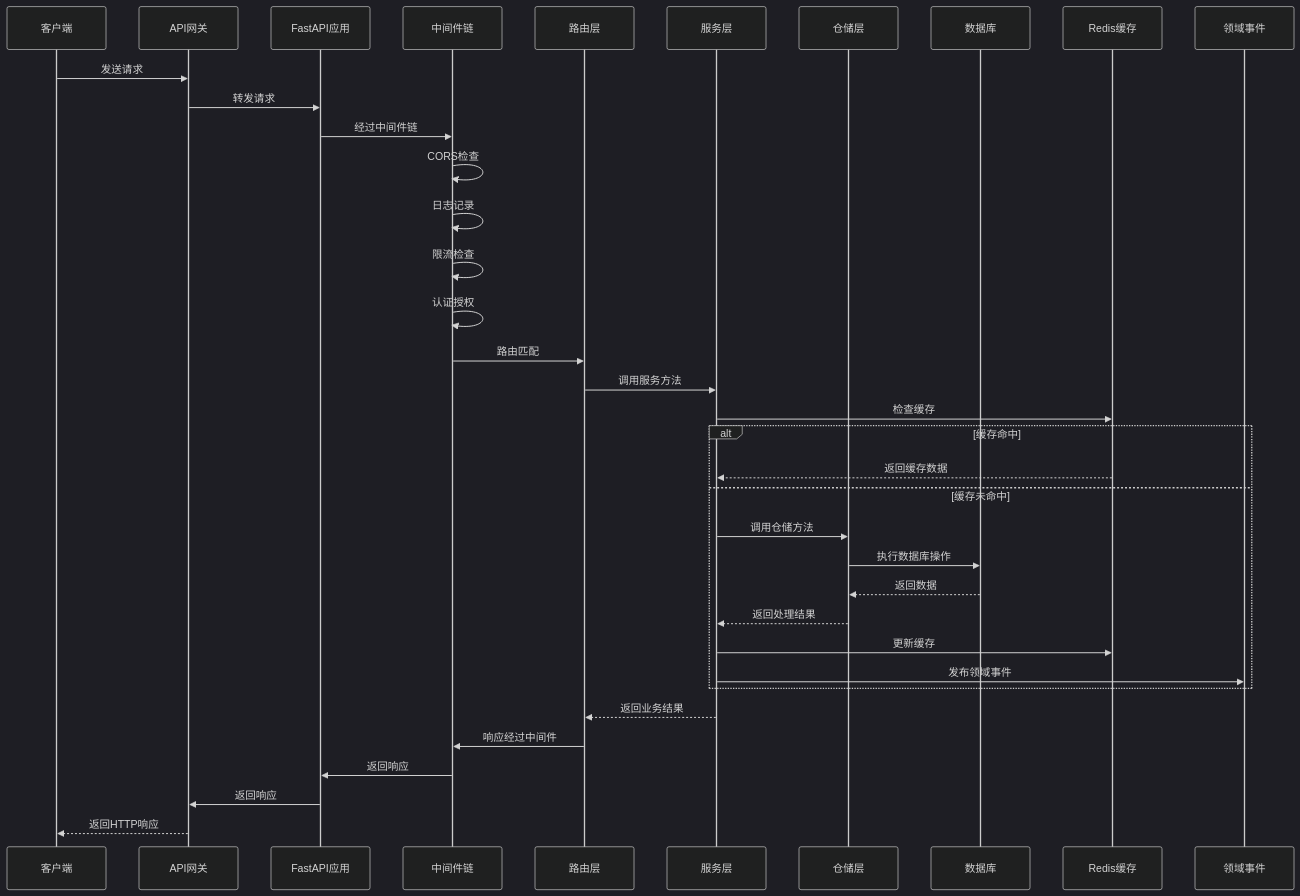
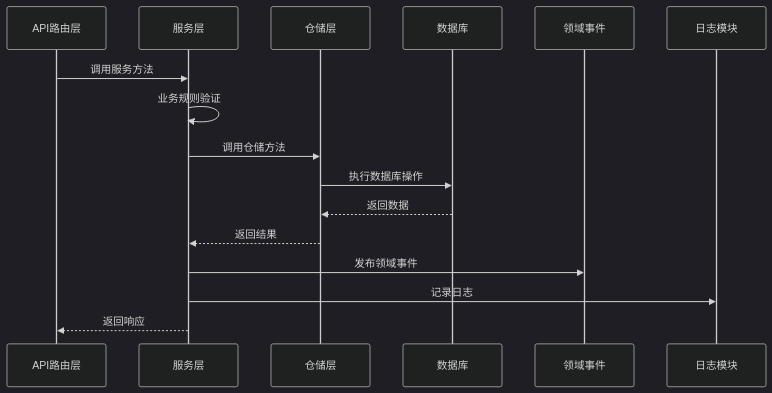
Before and after one commit to amuqiao/fastapi-enterprise-framework-template: the tenth of 22 diagrams in docs/design/architecture_guide.md, drawn with Mermaid (dark theme). The commit also changed other lines of this file, not shown here.

Commit message:
优化总设计指南,调整文档结构,各个模块添加模块架构图和数据流转图

````diff
--- a/docs/design/architecture_guide.md
+++ b/docs/design/architecture_guide.md
@@ -960,39 +438,19 @@
 ```mermaid
 sequenceDiagram
-    participant Client as 客户端
-    participant API as API网关
-    participant FastAPI as FastAPI应用
-    participant Middleware as 中间件链
-    participant Router as 路由层
+    participant API as API路由层
     participant Service as 服务层
-    participant Repository as 仓储层
+    participant Repo as 仓储层
     participant DB as 数据库
-    participant Cache as Redis缓存
     participant Event as 领域事件
+    participant Logger as 日志模块
     
-    Client->>API: 发送请求
-    API->>FastAPI: 转发请求
-    FastAPI->>Middleware: 经过中间件链
-    Middleware->>Middleware: CORS检查
-    Middleware->>Middleware: 日志记录
-    Middleware->>Middleware: 限流检查
-    Middleware->>Middleware: 认证授权
-    Middleware->>Router: 路由匹配
-    Router->>Service: 调用服务方法
-    Service->>Cache: 检查缓存
-    alt 缓存命中
-        Cache-->>Service: 返回缓存数据
-    else 缓存未命中
-        Service->>Repository: 调用仓储方法
-        Repository->>DB: 执行数据库操作
-        DB-->>Repository: 返回数据
-        Repository-->>Service: 返回处理结果
-        Service->>Cache: 更新缓存
-        Service->>Event: 发布领域事件
-    end
-    Service-->>Router: 返回业务结果
-    Router->>Middleware: 响应经过中间件
-    Middleware->>FastAPI: 返回响应
-    FastAPI->>API: 返回响应
-    API-->>Client: 返回HTTP响应
+    API->>Service: 调用服务方法
+    Service->>Service: 业务规则验证
+    Service->>Repo: 调用仓储方法
+    Repo->>DB: 执行数据库操作
+    DB-->>Repo: 返回数据
+    Repo-->>Service: 返回结果
+    Service->>Event: 发布领域事件
+    Service->>Logger: 记录日志
+    Service-->>API: 返回响应
 ```
````
